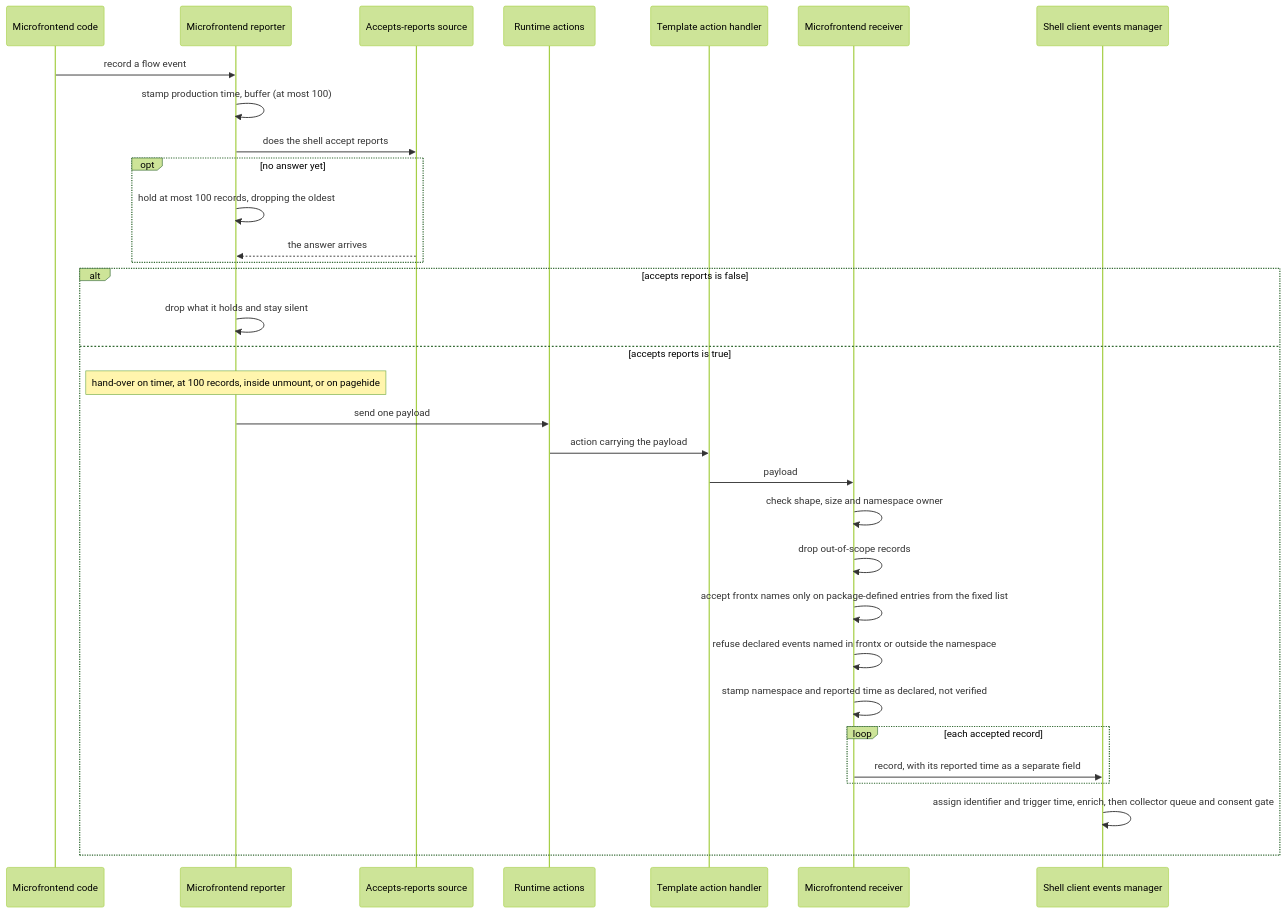
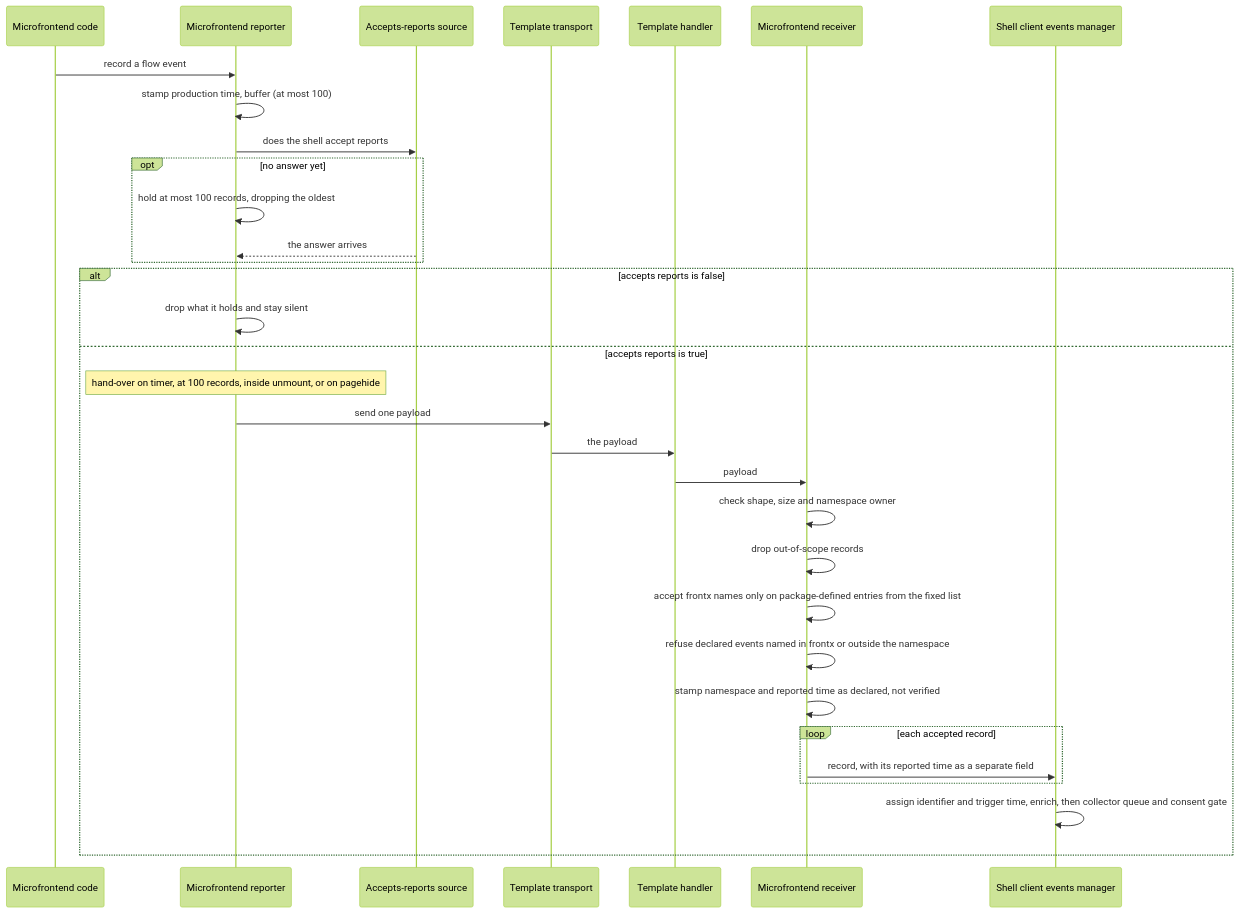
Before and after one commit to tscbmstubp/gears-frontx: the sixth of 8 diagrams in packages/telemetry/architecture/DESIGN.md, drawn with Mermaid (forest theme). The commit also changed other lines of this file, not shown here.

````diff
--- a/packages/telemetry/architecture/DESIGN.md
+++ b/packages/telemetry/architecture/DESIGN.md
@@ -1048,34 +1049,34 @@
 ```mermaid
 sequenceDiagram
     participant Mfe as Microfrontend code
     participant Rep as Microfrontend reporter
     participant State as Accepts-reports source
-    participant Rt as Runtime actions
-    participant H as Template action handler
+    participant Rt as Template transport
+    participant H as Template handler
     participant Rcv as Microfrontend receiver
     participant Ev as Shell client events manager
     Mfe->>Rep: record a flow event
     Rep->>Rep: stamp production time, buffer (at most 100)
     Rep->>State: does the shell accept reports
     opt no answer yet
         Rep->>Rep: hold at most 100 records, dropping the oldest
         State-->>Rep: the answer arrives
     end
     alt accepts reports is false
         Rep->>Rep: drop what it holds and stay silent
     else accepts reports is true
         Note over Rep: hand-over on timer, at 100 records, inside unmount, or on pagehide
         Rep->>Rt: send one payload
-        Rt->>H: action carrying the payload
+        Rt->>H: the payload
         H->>Rcv: payload
         Rcv->>Rcv: check shape, size and namespace owner
         Rcv->>Rcv: drop out-of-scope records
         Rcv->>Rcv: accept frontx names only on package-defined entries from the fixed list
         Rcv->>Rcv: refuse declared events named in frontx or outside the namespace
         Rcv->>Rcv: stamp namespace and reported time as declared, not verified
         loop each accepted record
             Rcv->>Ev: record, with its reported time as a separate field
         end
         Ev->>Ev: assign identifier and trigger time, enrich, then collector queue and consent gate
     end
 ```
````
